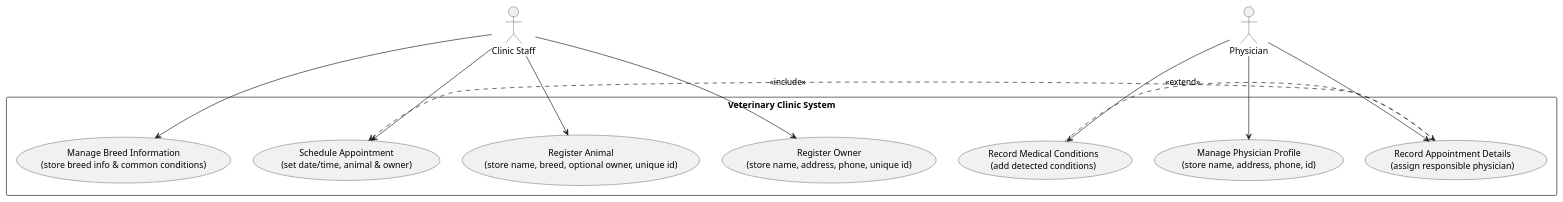
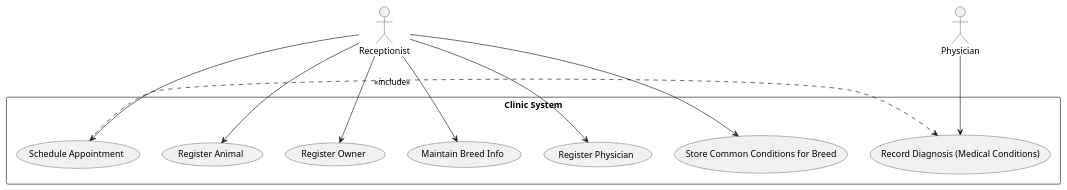
One commit to RayWP/pfsa-id changed the diagram in survey-ud/gen-nr-nent-o3-mini/R28_AnimalClinic_class_diagram.puml. Above: the diagram before and after it, drawn with PlantUML. The commit also changed 7 other files, not shown here.

```diff
--- a/survey-ud/gen-nr-nent-o3-mini/R28_AnimalClinic_class_diagram.puml
+++ b/survey-ud/gen-nr-nent-o3-mini/R28_AnimalClinic_class_diagram.puml
@@ -1,30 +1,27 @@
 @startuml
-actor "Clinic Staff" as Staff
-actor "Physician" as Physician
+actor Receptionist
+actor Physician
 
-rectangle "Veterinary Clinic System" {
-
-  usecase "Register Animal\n(store name, breed, optional owner, unique id)" as UC_RegisterAnimal
-  usecase "Register Owner\n(store name, address, phone, unique id)" as UC_RegisterOwner
-  usecase "Schedule Appointment\n(set date/time, animal & owner)" as UC_ScheduleAppointment
-  usecase "Record Appointment Details\n(assign responsible physician)" as UC_AppointmentDetails
-  usecase "Record Medical Conditions\n(add detected conditions)" as UC_RecordConditions
-  usecase "Manage Breed Information\n(store breed info & common conditions)" as UC_ManageBreed
-  usecase "Manage Physician Profile\n(store name, address, phone, id)" as UC_ManagePhysician
-
+rectangle "Clinic System" {
+  usecase "Register Animal" as UC_RegisterAnimal
+  usecase "Register Owner" as UC_RegisterOwner
+  usecase "Maintain Breed Info" as UC_MaintainBreed
+  usecase "Register Physician" as UC_RegisterPhysician
+  usecase "Schedule Appointment" as UC_ScheduleAppointment
+  usecase "Record Diagnosis (Medical Conditions)" as UC_RecordDiagnosis
+  usecase "Store Common Conditions for Breed" as UC_StoreCommonConditions
 }
 
-Staff --> UC_RegisterAnimal
-Staff --> UC_RegisterOwner
-Staff --> UC_ScheduleAppointment
-Staff --> UC_ManageBreed
+Receptionist --> UC_RegisterAnimal
+Receptionist --> UC_RegisterOwner
+Receptionist --> UC_MaintainBreed
+Receptionist --> UC_RegisterPhysician
+Receptionist --> UC_ScheduleAppointment
+Receptionist --> UC_StoreCommonConditions
 
-Physician --> UC_AppointmentDetails
-Physician --> UC_RecordConditions
-Physician --> UC_ManagePhysician
+Physician --> UC_RecordDiagnosis
 
-' Relationships between use cases:
-UC_AppointmentDetails .> UC_ScheduleAppointment : <<include>>
-UC_RecordConditions .> UC_AppointmentDetails : <<extend>>
+' The appointment process includes diagnosis recording
+UC_ScheduleAppointment .> UC_RecordDiagnosis : <<include>>
 
 @enduml
```
